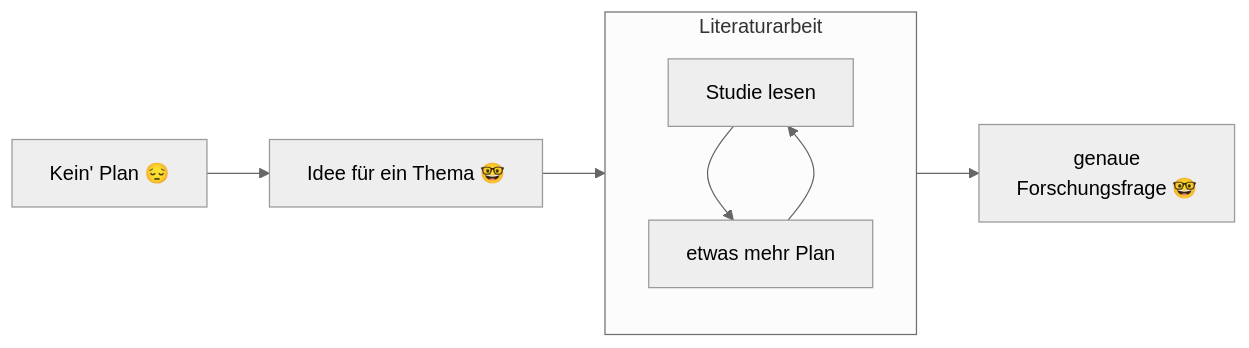
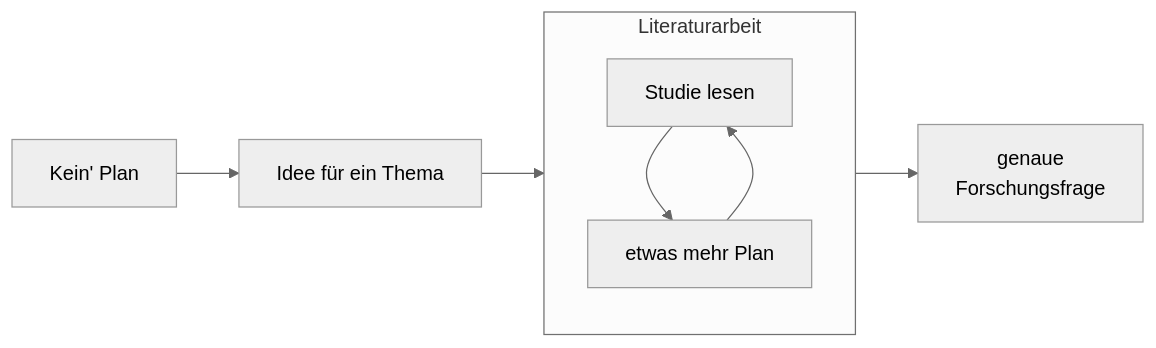
One commit to sebastiansauer/fopra changed the first of 7 diagrams in 020-themawahl.qmd. Above: the diagram before and after it, drawn with Mermaid (neutral theme). The commit also changed other lines of this file and 23 other files, not shown here.

````diff
--- a/020-themawahl.qmd
+++ b/020-themawahl.qmd
@@ -83,13 +84,13 @@
 ```{mermaid}
 %%| echo: false
 %%| fig-cap: "Von *Keine Ahnung* bis zu *Ich hab meine Forschungsfrage*"
 %%| label: fig-themawahl
 flowchart LR
   subgraph D[Literaturarbeit]
     B[Studie lesen] --> C[etwas mehr Plan]
     C --> B
   end
-  A[Kein' Plan 😔] --> F[Idee für ein Thema 🤓]
+  A[Kein' Plan] --> F[Idee für ein Thema]
   F --> D
-  D --> E[genaue<br>Forschungsfrage 🤓]
+  D --> E[genaue<br>Forschungsfrage]
 ```
````
